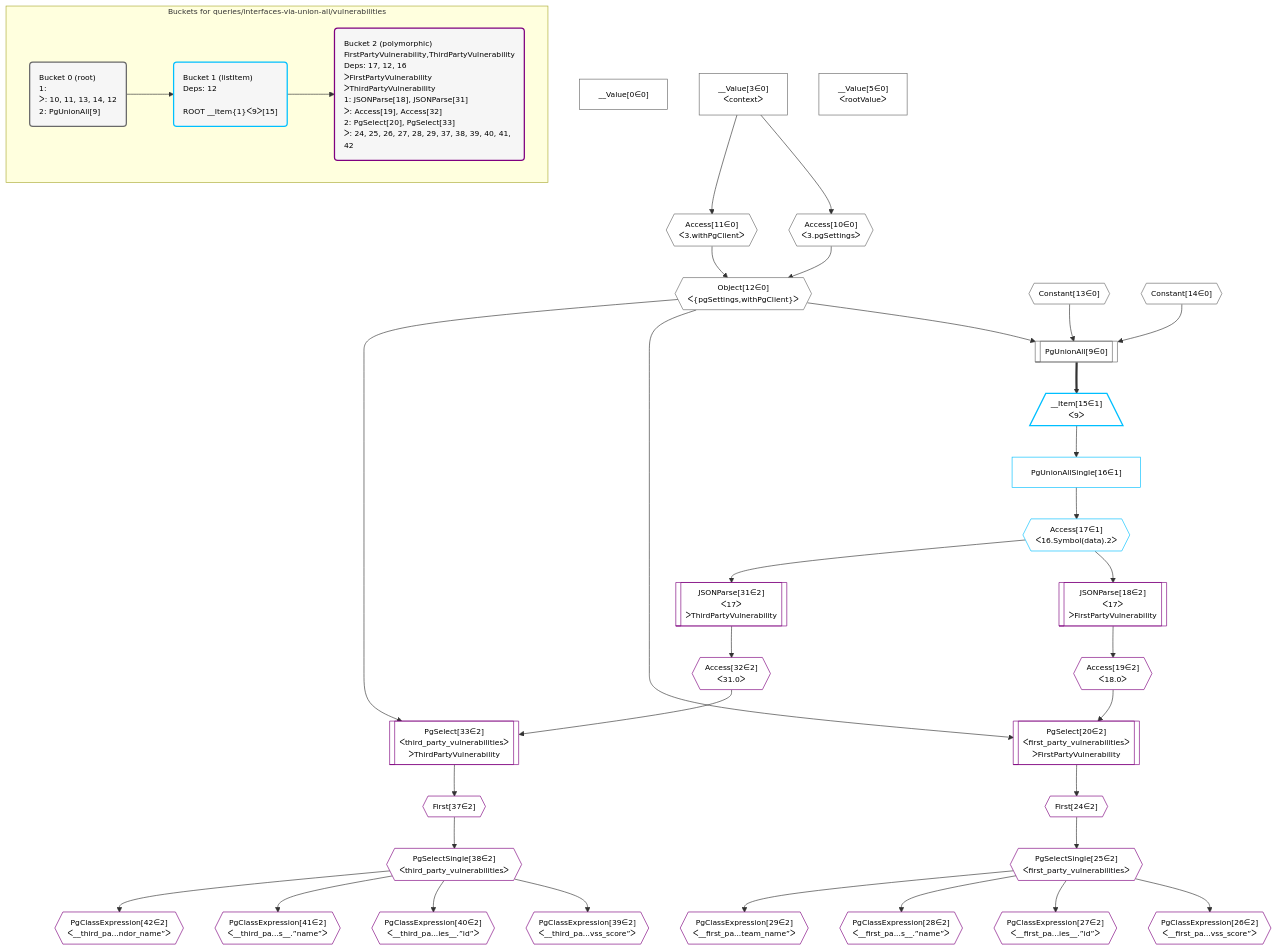
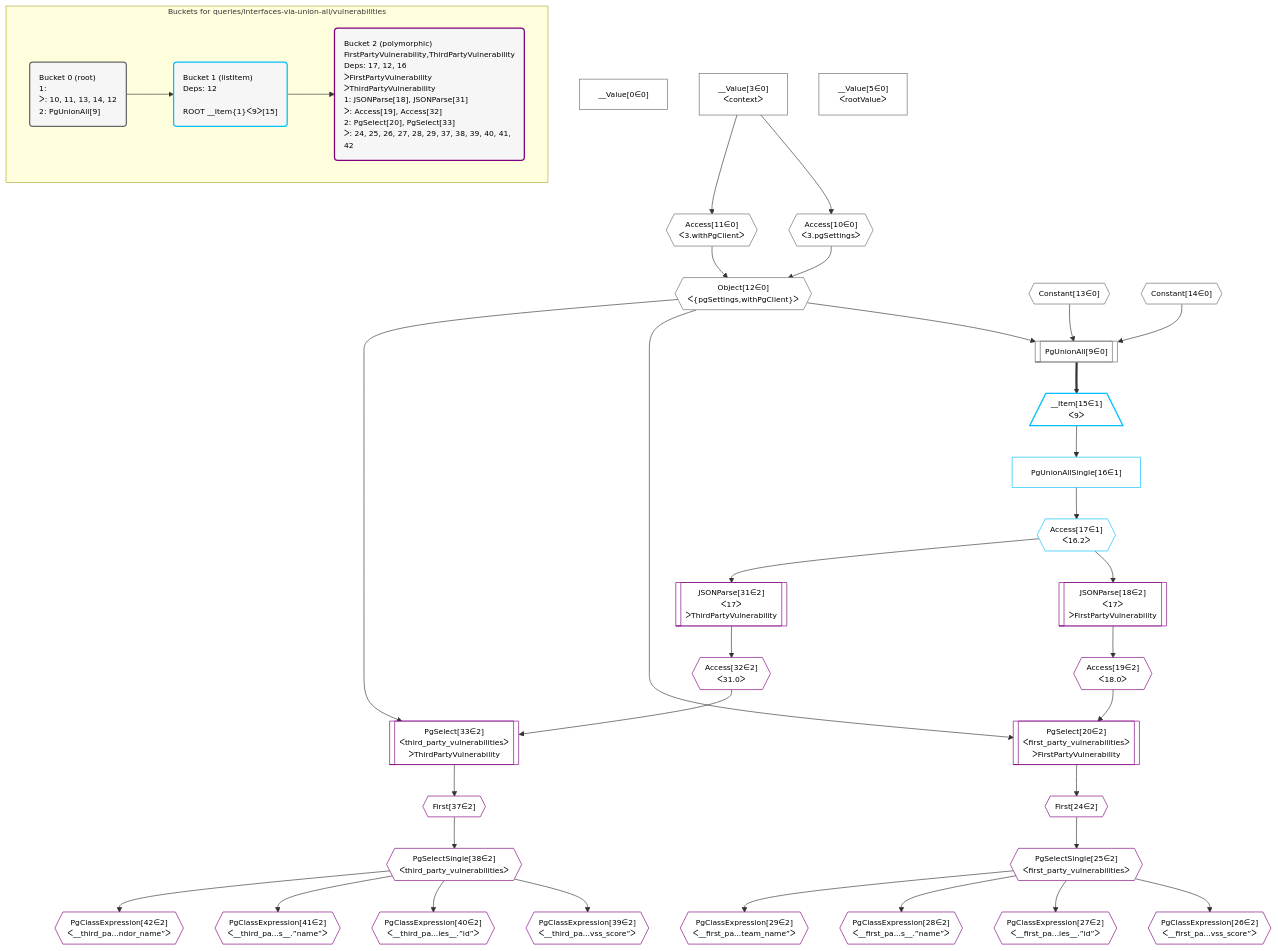
One commit to graphile/crystal changed the diagram in grafast/dataplan-pg/__tests__/queries/interfaces-via-union-all/vulnerabilities.mermaid. Above: the diagram before and after it, drawn with Mermaid. The commit also changed 8 other files, not shown here.

```diff
--- a/grafast/dataplan-pg/__tests__/queries/interfaces-via-union-all/vulnerabilities.mermaid
+++ b/grafast/dataplan-pg/__tests__/queries/interfaces-via-union-all/vulnerabilities.mermaid
@@ -1,82 +1,82 @@
 %%{init: {'themeVariables': { 'fontSize': '12px'}}}%%
 graph TD
     classDef path fill:#eee,stroke:#000,color:#000
     classDef plan fill:#fff,stroke-width:1px,color:#000
     classDef itemplan fill:#fff,stroke-width:2px,color:#000
     classDef unbatchedplan fill:#dff,stroke-width:1px,color:#000
     classDef sideeffectplan fill:#fcc,stroke-width:2px,color:#000
     classDef bucket fill:#f6f6f6,color:#000,stroke-width:2px,text-align:left
 
 
     %% define steps
     __Value0["__Value[0∈0]"]:::plan
     __Value3["__Value[3∈0]<br />ᐸcontextᐳ"]:::plan
     __Value5["__Value[5∈0]<br />ᐸrootValueᐳ"]:::plan
     Access10{{"Access[10∈0]<br />ᐸ3.pgSettingsᐳ"}}:::plan
     Access11{{"Access[11∈0]<br />ᐸ3.withPgClientᐳ"}}:::plan
     Object12{{"Object[12∈0]<br />ᐸ{pgSettings,withPgClient}ᐳ"}}:::plan
     Constant13{{"Constant[13∈0]"}}:::plan
     Constant14{{"Constant[14∈0]"}}:::plan
     PgUnionAll9[["PgUnionAll[9∈0]"]]:::plan
     __Item15[/"__Item[15∈1]<br />ᐸ9ᐳ"\]:::itemplan
     PgUnionAllSingle16["PgUnionAllSingle[16∈1]"]:::plan
-    Access17{{"Access[17∈1]<br />ᐸ16.Symbol(data).2ᐳ"}}:::plan
+    Access17{{"Access[17∈1]<br />ᐸ16.2ᐳ"}}:::plan
     JSONParse18[["JSONParse[18∈2]<br />ᐸ17ᐳ<br />ᐳFirstPartyVulnerability"]]:::plan
     Access19{{"Access[19∈2]<br />ᐸ18.0ᐳ"}}:::plan
     PgSelect20[["PgSelect[20∈2]<br />ᐸfirst_party_vulnerabilitiesᐳ<br />ᐳFirstPartyVulnerability"]]:::plan
     First24{{"First[24∈2]"}}:::plan
     PgSelectSingle25{{"PgSelectSingle[25∈2]<br />ᐸfirst_party_vulnerabilitiesᐳ"}}:::plan
     PgClassExpression26{{"PgClassExpression[26∈2]<br />ᐸ__first_pa...vss_score”ᐳ"}}:::plan
     PgClassExpression27{{"PgClassExpression[27∈2]<br />ᐸ__first_pa...ies__.”id”ᐳ"}}:::plan
     PgClassExpression28{{"PgClassExpression[28∈2]<br />ᐸ__first_pa...s__.”name”ᐳ"}}:::plan
     PgClassExpression29{{"PgClassExpression[29∈2]<br />ᐸ__first_pa...team_name”ᐳ"}}:::plan
     JSONParse31[["JSONParse[31∈2]<br />ᐸ17ᐳ<br />ᐳThirdPartyVulnerability"]]:::plan
     Access32{{"Access[32∈2]<br />ᐸ31.0ᐳ"}}:::plan
     PgSelect33[["PgSelect[33∈2]<br />ᐸthird_party_vulnerabilitiesᐳ<br />ᐳThirdPartyVulnerability"]]:::plan
     First37{{"First[37∈2]"}}:::plan
     PgSelectSingle38{{"PgSelectSingle[38∈2]<br />ᐸthird_party_vulnerabilitiesᐳ"}}:::plan
     PgClassExpression39{{"PgClassExpression[39∈2]<br />ᐸ__third_pa...vss_score”ᐳ"}}:::plan
     PgClassExpression40{{"PgClassExpression[40∈2]<br />ᐸ__third_pa...ies__.”id”ᐳ"}}:::plan
     PgClassExpression41{{"PgClassExpression[41∈2]<br />ᐸ__third_pa...s__.”name”ᐳ"}}:::plan
     PgClassExpression42{{"PgClassExpression[42∈2]<br />ᐸ__third_pa...ndor_name”ᐳ"}}:::plan
 
     %% plan dependencies
     __Value3 --> Access10
     __Value3 --> Access11
     Access10 & Access11 --> Object12
     Object12 & Constant13 & Constant14 --> PgUnionAll9
     PgUnionAll9 ==> __Item15
     __Item15 --> PgUnionAllSingle16
     PgUnionAllSingle16 --> Access17
     Access17 --> JSONParse18
     JSONParse18 --> Access19
     Object12 & Access19 --> PgSelect20
     PgSelect20 --> First24
     First24 --> PgSelectSingle25
     PgSelectSingle25 --> PgClassExpression26
     PgSelectSingle25 --> PgClassExpression27
     PgSelectSingle25 --> PgClassExpression28
     PgSelectSingle25 --> PgClassExpression29
     Access17 --> JSONParse31
     JSONParse31 --> Access32
     Object12 & Access32 --> PgSelect33
     PgSelect33 --> First37
     First37 --> PgSelectSingle38
     PgSelectSingle38 --> PgClassExpression39
     PgSelectSingle38 --> PgClassExpression40
     PgSelectSingle38 --> PgClassExpression41
     PgSelectSingle38 --> PgClassExpression42
 
     subgraph "Buckets for queries/interfaces-via-union-all/vulnerabilities"
     Bucket0("Bucket 0 (root)<br />1: <br />ᐳ: 10, 11, 13, 14, 12<br />2: PgUnionAll[9]"):::bucket
     classDef bucket0 stroke:#696969
     class Bucket0,__Value0,__Value3,__Value5,PgUnionAll9,Access10,Access11,Object12,Constant13,Constant14 bucket0
     Bucket1("Bucket 1 (listItem)<br />Deps: 12<br /><br />ROOT __Item{1}ᐸ9ᐳ[15]"):::bucket
     classDef bucket1 stroke:#00bfff
     class Bucket1,__Item15,PgUnionAllSingle16,Access17 bucket1
     Bucket2("Bucket 2 (polymorphic)<br />FirstPartyVulnerability,ThirdPartyVulnerability<br />Deps: 17, 12, 16<br />ᐳFirstPartyVulnerability<br />ᐳThirdPartyVulnerability<br />1: JSONParse[18], JSONParse[31]<br />ᐳ: Access[19], Access[32]<br />2: PgSelect[20], PgSelect[33]<br />ᐳ: 24, 25, 26, 27, 28, 29, 37, 38, 39, 40, 41, 42"):::bucket
     classDef bucket2 stroke:#7f007f
     class Bucket2,JSONParse18,Access19,PgSelect20,First24,PgSelectSingle25,PgClassExpression26,PgClassExpression27,PgClassExpression28,PgClassExpression29,JSONParse31,Access32,PgSelect33,First37,PgSelectSingle38,PgClassExpression39,PgClassExpression40,PgClassExpression41,PgClassExpression42 bucket2
     Bucket0 --> Bucket1
     Bucket1 --> Bucket2
     end
```
